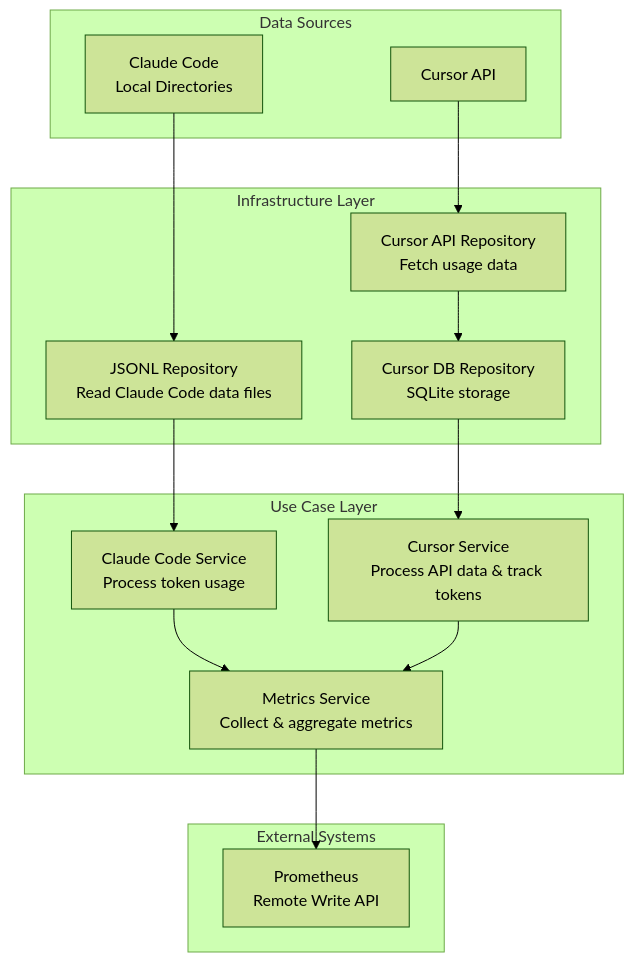
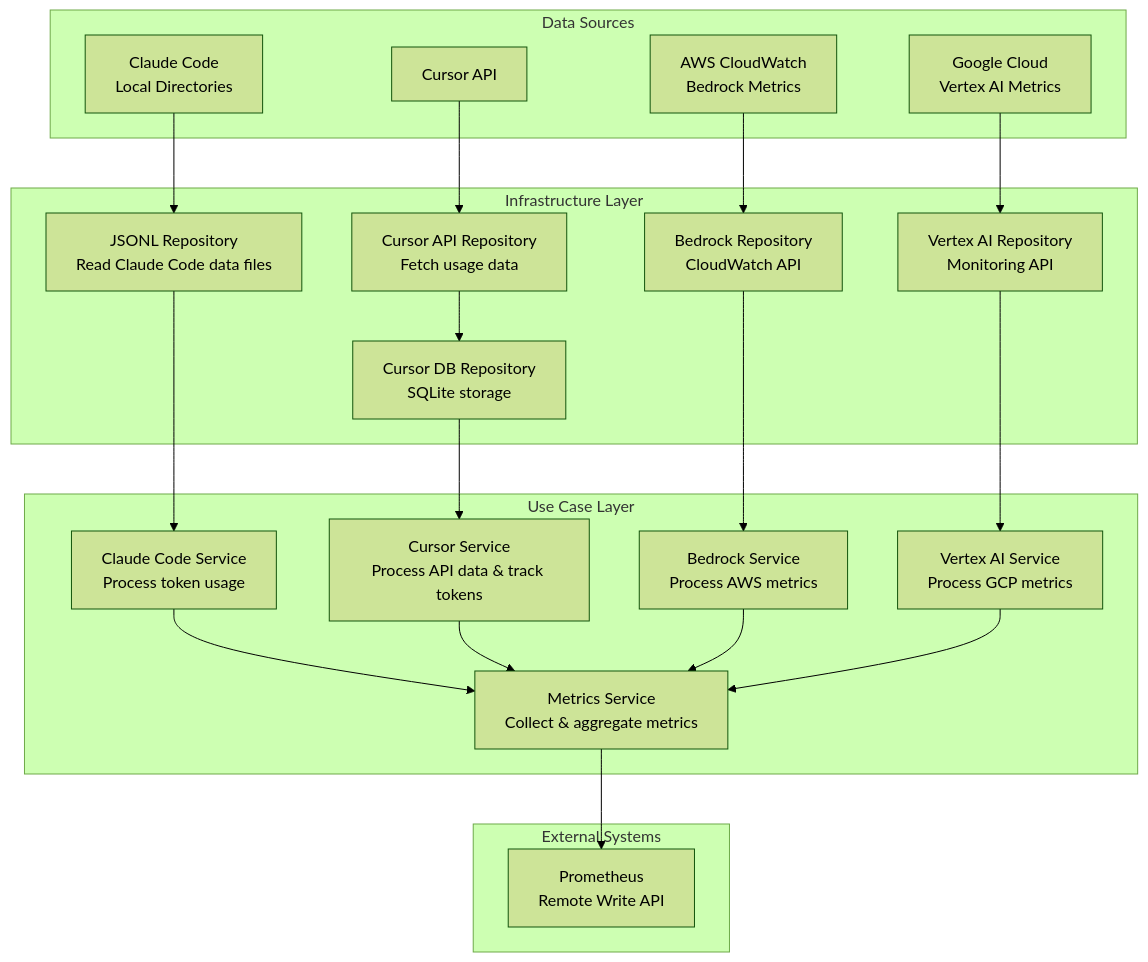
Before and after one commit to ca-srg/tosage: the diagram in README.md, drawn with Mermaid (forest theme). The commit also changed other lines of this file and 29 other files, not shown here.

First line of the commit message:
feat: add Vertex AI and Bedrock integration support (#9)

````diff
--- a/README.md
+++ b/README.md
@@ -20,32 +23,44 @@
 ```mermaid
 flowchart TD
     subgraph "Data Sources"
         CC[Claude Code<br/>Local Directories]
         CA[Cursor API]
+        AWSCW[AWS CloudWatch<br/>Bedrock Metrics]
+        GCPM[Google Cloud<br/>Vertex AI Metrics]
     end
     
     subgraph "Infrastructure Layer"
         JSONL[JSONL Repository<br/>Read Claude Code data files]
         CAPI[Cursor API Repository<br/>Fetch usage data]
         CDB[Cursor DB Repository<br/>SQLite storage]
+        BR[Bedrock Repository<br/>CloudWatch API]
+        VAR[Vertex AI Repository<br/>Monitoring API]
     end
     
     subgraph "Use Case Layer"
         CCS[Claude Code Service<br/>Process token usage]
         CS[Cursor Service<br/>Process API data & track tokens]
+        BS[Bedrock Service<br/>Process AWS metrics]
+        VAS[Vertex AI Service<br/>Process GCP metrics]
         MS[Metrics Service<br/>Collect & aggregate metrics]
     end
     
     subgraph "External Systems"
         PROM[Prometheus<br/>Remote Write API]
     end
     
     CC --> JSONL
     CA --> CAPI
+    AWSCW --> BR
+    GCPM --> VAR
     JSONL --> CCS
     CAPI --> CDB
     CDB --> CS
+    BR --> BS
+    VAR --> VAS
     CCS --> MS
     CS --> MS
+    BS --> MS
+    VAS --> MS
     MS --> PROM
 ```
````
